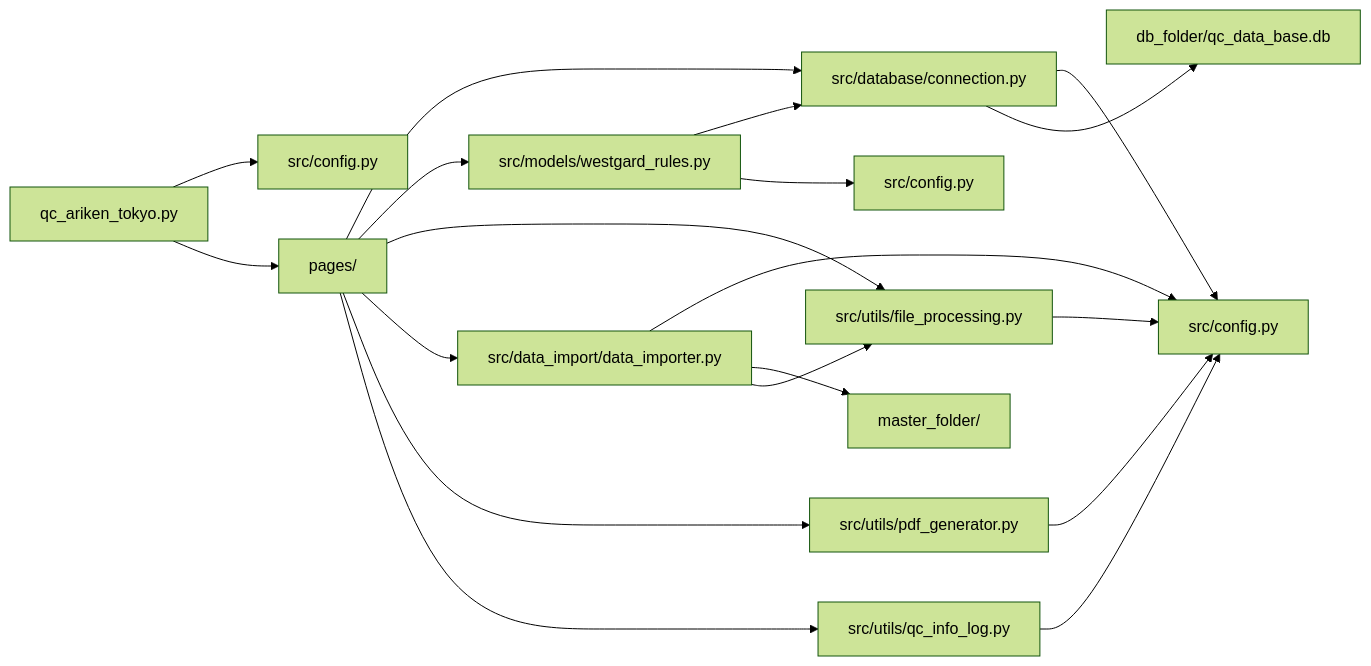
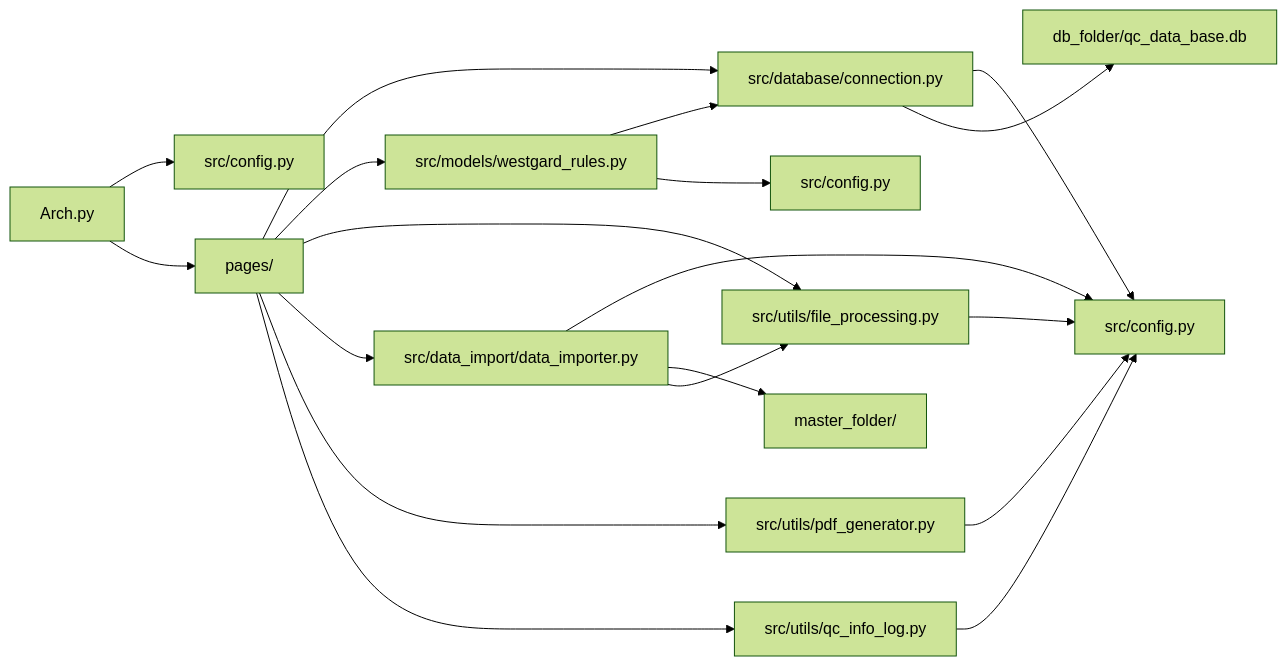
Before and after one commit to takashi-oi/qc_ariken_tpkyo: the third of 4 diagrams in docs/structure_diagram.md, drawn with Mermaid (forest theme). The commit also changed other lines of this file and 35 other files, not shown here.

````diff
--- a/docs/structure_diagram.md
+++ b/docs/structure_diagram.md
@@ -125,32 +125,32 @@
 ```mermaid
 graph LR
     %% コアモジュール
-    A[qc_ariken_tokyo.py] --> B[src/config.py]
+    A[Arch.py] --> B[src/config.py]
     A --> C[pages/]
     
     %% ページモジュールの依存関係
     C --> D[src/database/connection.py]
     C --> E[src/models/westgard_rules.py]
     C --> F[src/utils/file_processing.py]
     C --> G[src/data_import/data_importer.py]
     C --> H[src/utils/pdf_generator.py]
     C --> I[src/utils/qc_info_log.py]
     
     %% データベース層の依存関係
     D --> J[src/config.py]
     D --> K[db_folder/qc_data_base.db]
     
     %% モデル層の依存関係
     E --> D
     E --> L[src/config.py]
     
     %% ユーティリティ層の依存関係
     F --> J
     G --> J
     H --> J
     I --> J
     
     %% データインポート層の依存関係
     G --> M[master_folder/]
     G --> F
 ```
````
